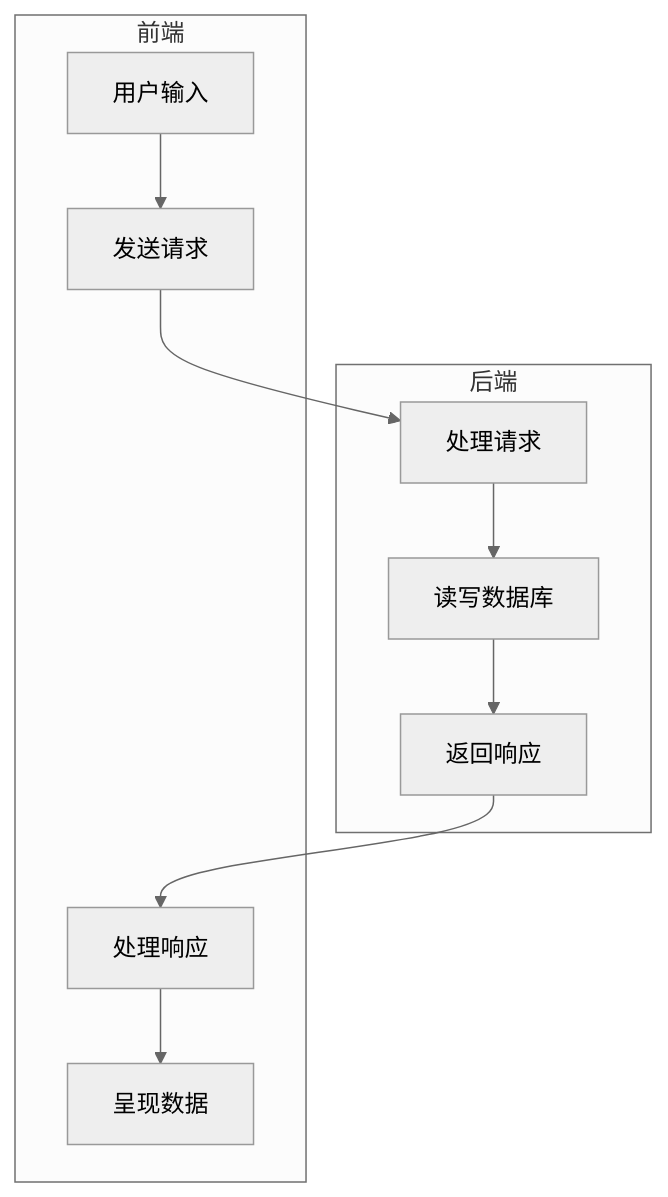
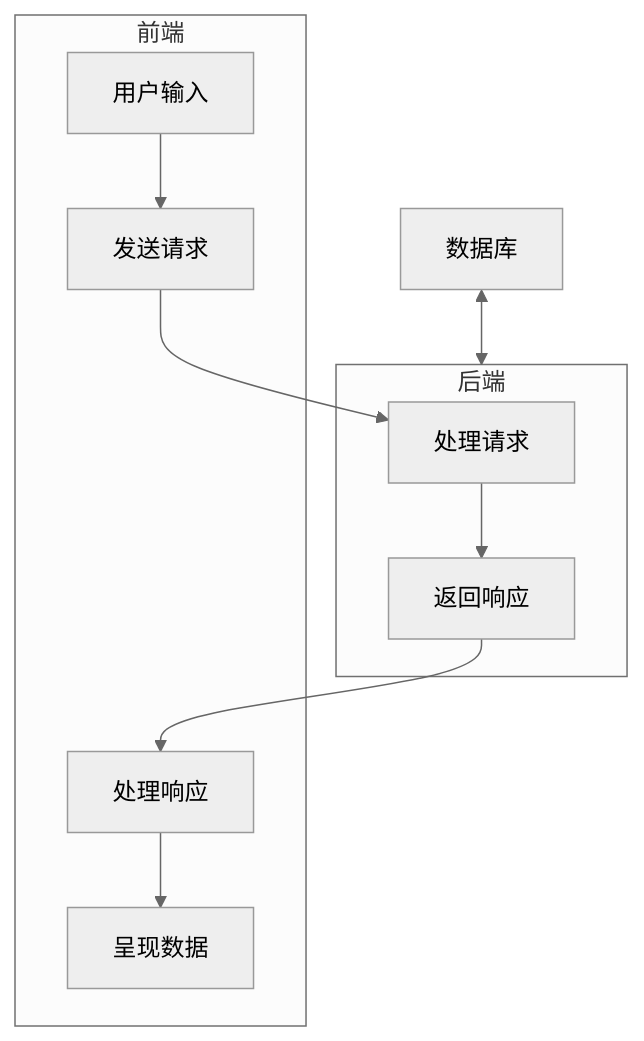
The first of 3 diagrams in docs/-Programing/for-beginner/web开发.md (cubxx/blog), drawn with Mermaid (neutral theme) before and after one commit. The commit also changed other lines of this file and 36 other files, not shown here.

````diff
--- a/docs/-Programing/for-beginner/web开发.md
+++ b/docs/-Programing/for-beginner/web开发.md
@@ -3,12 +19,13 @@
 ```mermaid
 graph TD
     subgraph 后端
-        处理请求 --> 读写数据库 --> 返回响应
+        处理请求 --> 返回响应
     end
     subgraph 前端
         用户输入 --> 发送请求
         处理响应 --> 呈现数据
     end
     发送请求 --> 处理请求
     返回响应 --> 处理响应
+    数据库 <--> 后端
 ```
````
